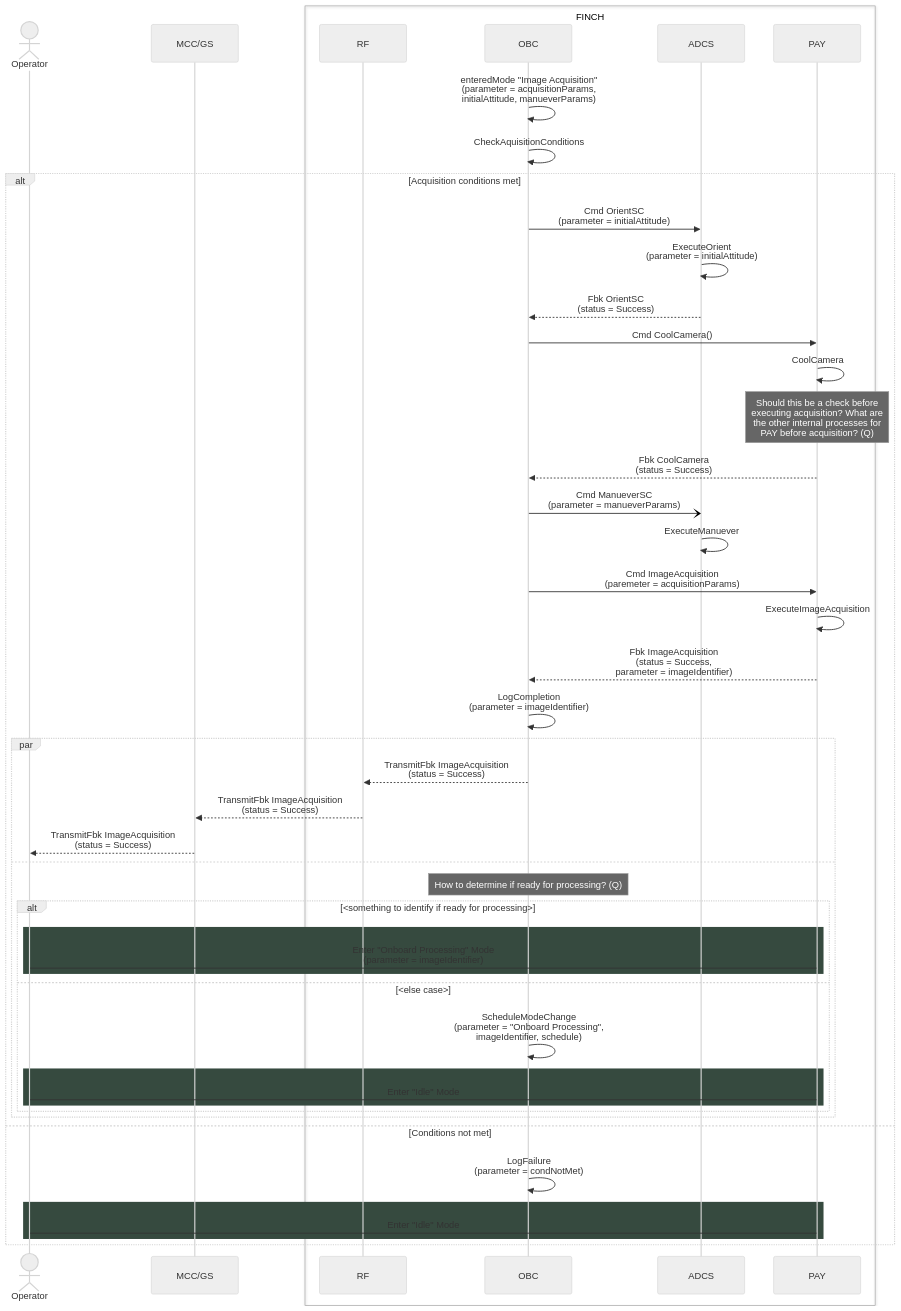
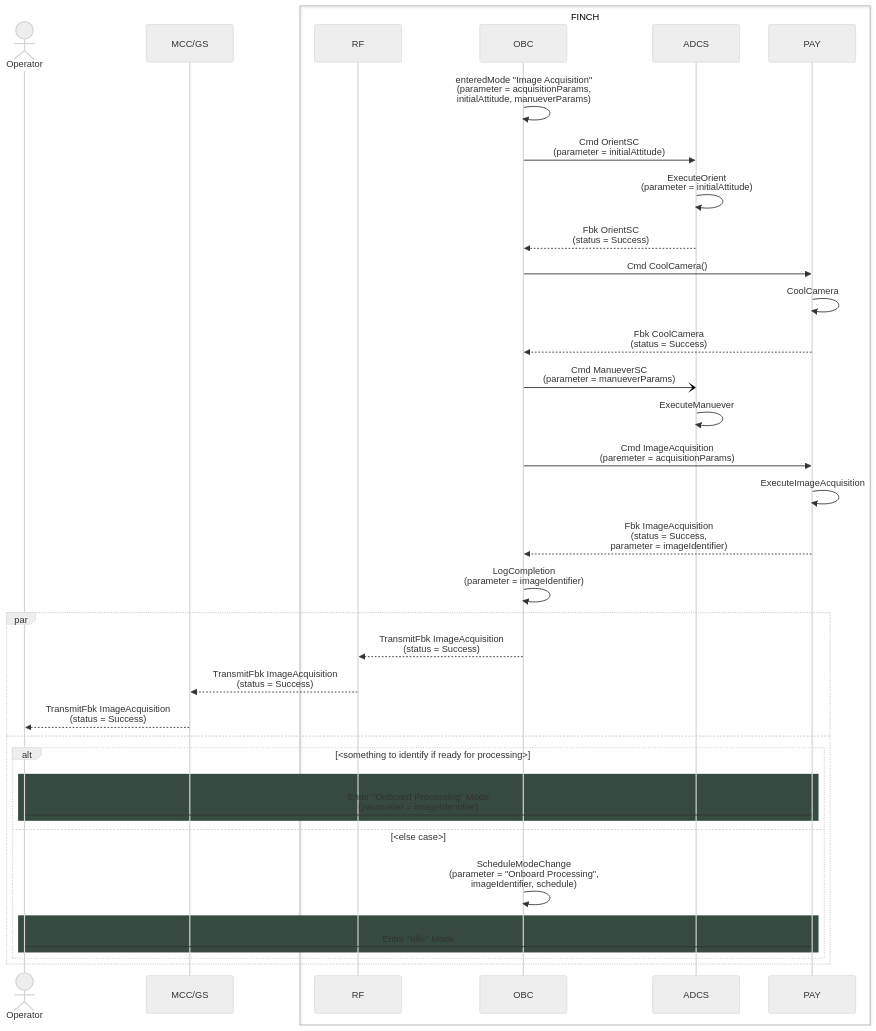
Before and after one commit to Addy-lit/FINCH-system-architecture: the diagram in command sequences/acquisition-command.md, drawn with Mermaid (neutral theme).

````diff
--- a/command sequences/acquisition-command.md
+++ b/command sequences/acquisition-command.md
@@ -2,56 +2,47 @@
 ```mermaid
 sequenceDiagram
     Actor Operator
     participant MCC/GS
     box FINCH
         participant RF
         participant OBC
         participant ADCS
         participant PAY
     end
 
     OBC ->> OBC: enteredMode "Image Acquisition" <br> (parameter = acquisitionParams, <br> initialAttitude, manueverParams)
-    OBC ->> OBC: CheckAquisitionConditions
 
-    alt Acquisition conditions met
         OBC ->> ADCS: Cmd OrientSC <br> (parameter = initialAttitude)
         ADCS ->> ADCS: ExecuteOrient <br> (parameter = initialAttitude)
         ADCS -->> OBC: Fbk OrientSC <br> (status = Success)
         OBC ->> PAY: Cmd CoolCamera()
         PAY ->> PAY: CoolCamera
-        note over PAY: Should this be a check before <br> executing acquisition? What are <br> the other internal processes for <br> PAY before acquisition? (Q)
+
         PAY -->> OBC: Fbk CoolCamera <br> (status = Success)
 
         OBC -) ADCS: Cmd ManueverSC <br> (parameter = manueverParams)
         ADCS ->> ADCS: ExecuteManuever
         OBC ->> PAY: Cmd ImageAcquisition <br> (paremeter = acquisitionParams)
         PAY ->> PAY: ExecuteImageAcquisition
         PAY -->> OBC: Fbk ImageAcquisition <br> (status = Success, <br> parameter = imageIdentifier)
         OBC ->> OBC: LogCompletion <br> (parameter = imageIdentifier)
 
         par
             OBC -->> RF: TransmitFbk ImageAcquisition <br> (status = Success)
             RF -->> MCC/GS: TransmitFbk ImageAcquisition <br> (status = Success)
             MCC/GS -->> Operator: TransmitFbk ImageAcquisition <br> (status = Success)
         and
-            note over OBC: How to determine if ready for processing? (Q)
+
             alt <something to identify if ready for processing>
                 rect rgb(54,74,63)
                     Operator -> PAY: Enter "Onboard Processing" Mode <br> (parameter = imageIdentifier)
                 end
             else <else case>
                 OBC ->> OBC: ScheduleModeChange <br> (parameter = "Onboard Processing", <br> imageIdentifier, schedule)
                 rect rgb(54,74,63)
                     Operator -> PAY: Enter "Idle" Mode
                 end
             end
         end
 
-    else Conditions not met
-        OBC ->> OBC: LogFailure <br> (parameter = condNotMet)
-        rect rgb(54,74,63)
-	        Operator -> PAY: Enter "Idle" Mode
-        end
-    end
-
 ```
````
